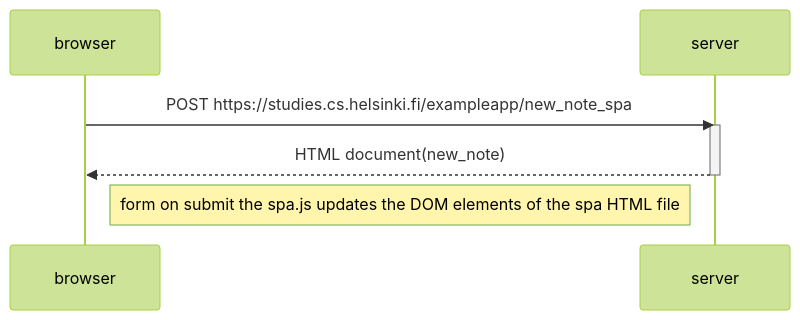
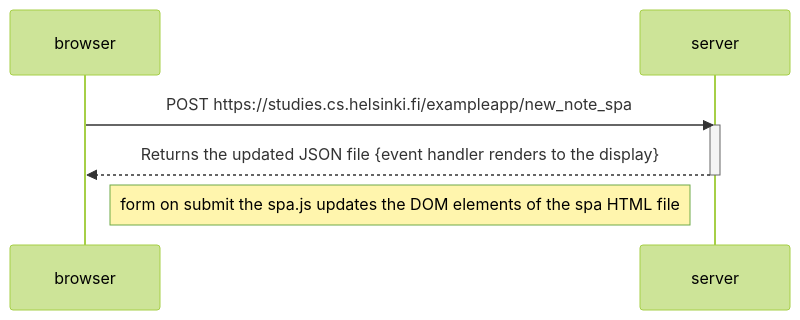
One commit to LOKMITHAR/fullstackopen-progress changed the diagram in part0/06.md. Above: the diagram before and after it, drawn with Mermaid (forest theme).

````diff
--- a/part0/06.md
+++ b/part0/06.md
@@ -3,14 +3,14 @@
 ```mermaid
 sequenceDiagram
     participant browser
     participant server
 
     browser->>server: POST https://studies.cs.helsinki.fi/exampleapp/new_note_spa
     activate server
-    server-->>browser: HTML document(new_note)
+    server-->>browser: Returns the updated JSON file {event handler renders to the display} 
     deactivate server
 
     Note right of browser: form on submit the spa.js updates the DOM elements of the spa HTML file 
 
 
 ```
````
